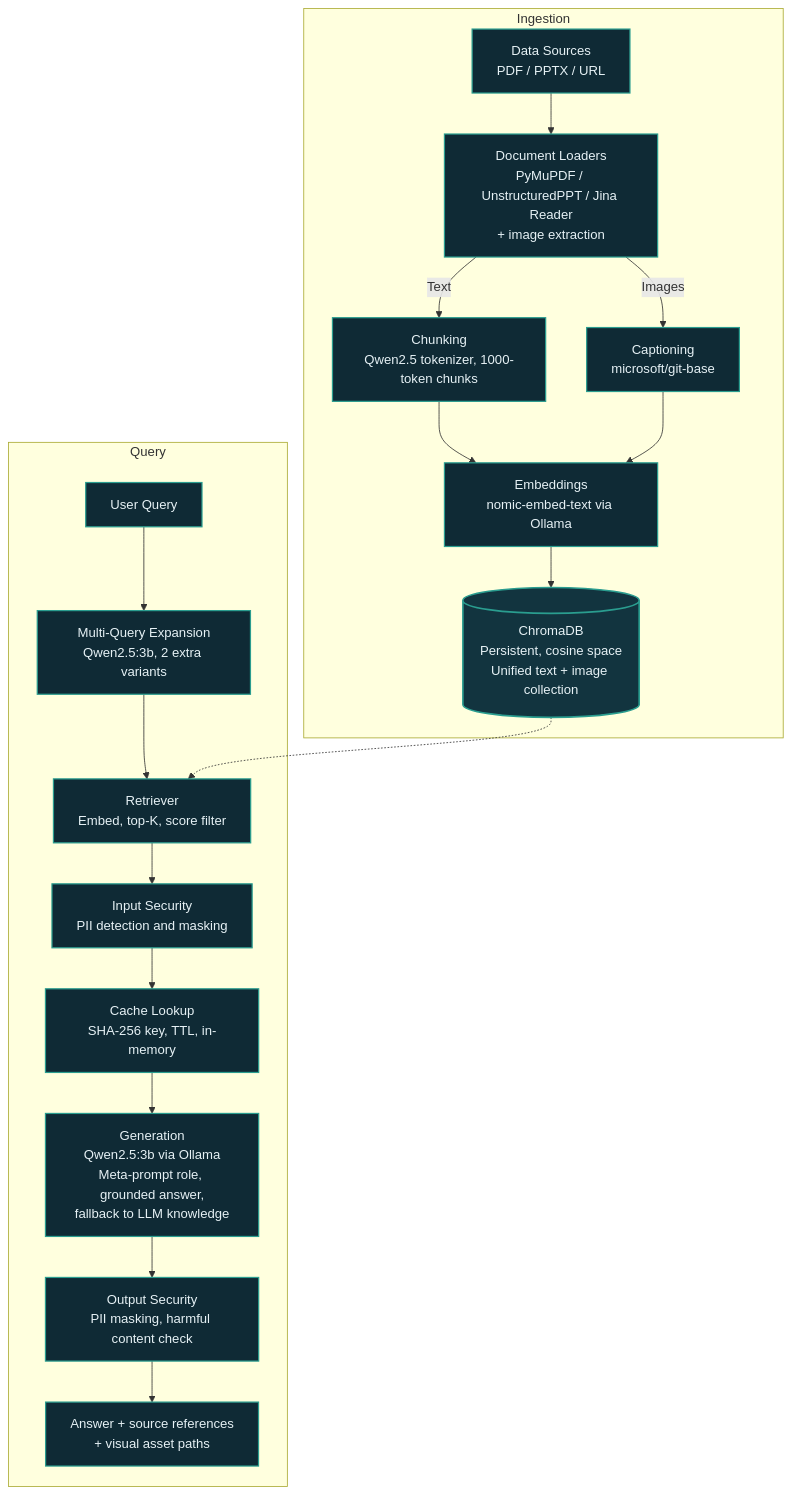
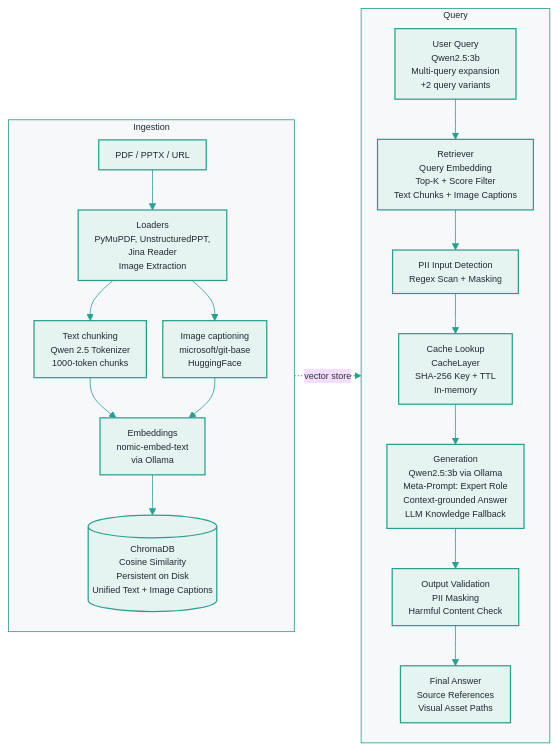
Before and after one commit to aakarroy/aakarroy: the diagram in README.md, drawn with Mermaid. The commit also changed other lines of this file and 6 other files, not shown here.

````diff
--- a/README.md
+++ b/README.md
@@ -69,29 +93,31 @@
 ```mermaid
-flowchart TD
-    classDef node fill:#0F2A35,stroke:#2A9D8F,color:#E6F1F5,stroke-width:1.5px
-    classDef store fill:#12343F,stroke:#2A9D8F,color:#E6F1F5,stroke-width:2px
-
-    subgraph Ingestion
-        A["Data Sources<br/>PDF / PPTX / URL"] --> B["Document Loaders<br/>PyMuPDF / UnstructuredPPT / Jina Reader<br/>+ image extraction"]
-        B -->|Text| C["Chunking<br/>Qwen2.5 tokenizer, 1000-token chunks"]
-        B -->|Images| D["Captioning<br/>microsoft/git-base"]
-        C --> E["Embeddings<br/>nomic-embed-text via Ollama"]
+%%{init: {"theme":"base","themeVariables":{"fontSize":"11px","lineColor":"#2A9D8F"},"flowchart":{"nodeSpacing":20,"rankSpacing":24,"padding":10,"htmlLabels":true}}}%%
+flowchart LR
+    subgraph ING["Ingestion"]
+        direction TB
+        A["PDF / PPTX / URL"] --> B["Loaders<br/>PyMuPDF, UnstructuredPPT,<br/>Jina Reader<br/>Image Extraction"]
+        B --> C["Text chunking<br/>Qwen 2.5 Tokenizer<br/>1000-token chunks"]
+        B --> D["Image captioning<br/>microsoft/git-base<br/>HuggingFace"]
+        C --> E["Embeddings<br/>nomic-embed-text<br/>via Ollama"]
         D --> E
-        E --> F[("ChromaDB<br/>Persistent, cosine space<br/>Unified text + image collection")]
+        E --> F[("ChromaDB<br/>Cosine Similarity<br/>Persistent on Disk<br/>Unified Text + Image Captions")]
     end
 
-    subgraph Query
-        Q["User Query"] --> MQ["Multi-Query Expansion<br/>Qwen2.5:3b, 2 extra variants"]
-        MQ --> R["Retriever<br/>Embed, top-K, score filter"]
-        R --> PII["Input Security<br/>PII detection and masking"]
-        PII --> CA["Cache Lookup<br/>SHA-256 key, TTL, in-memory"]
-        CA --> G["Generation<br/>Qwen2.5:3b via Ollama<br/>Meta-prompt role, grounded answer,<br/>fallback to LLM knowledge"]
-        G --> OV["Output Security<br/>PII masking, harmful content check"]
-        OV --> OUT["Answer + source references<br/>+ visual asset paths"]
+    subgraph QRY["Query"]
+        direction TB
+        Q["User Query<br/>Qwen2.5:3b<br/>Multi-query expansion<br/>+2 query variants"] --> R["Retriever<br/>Query Embedding<br/>Top-K + Score Filter<br/>Text Chunks + Image Captions"]
+        R --> PI["PII Input Detection<br/>Regex Scan + Masking"]
+        PI --> CA["Cache Lookup<br/>CacheLayer<br/>SHA-256 Key + TTL<br/>In-memory"]
+        CA --> G["Generation<br/>Qwen2.5:3b via Ollama<br/>Meta-Prompt: Expert Role<br/>Context-grounded Answer<br/>LLM Knowledge Fallback"]
+        G --> OV["Output Validation<br/>PII Masking<br/>Harmful Content Check"]
+        OV --> OUT["Final Answer<br/>Source References<br/>Visual Asset Paths"]
     end
 
-    F -.-> R
+    ING -.->|"vector store"| QRY
 
-    class A,B,C,D,E,Q,MQ,R,PII,CA,G,OV,OUT node
-    class F store
+    classDef n fill:#E6F4F1,stroke:#2A9D8F,stroke-width:1.5px,color:#1F2933
+    class A,B,C,D,E,F,Q,R,PI,CA,G,OV,OUT n
+
+    style ING fill:#F6F8FA,stroke:#2A9D8F,color:#1F2933
+    style QRY fill:#F6F8FA,stroke:#2A9D8F,color:#1F2933
 ```
````
